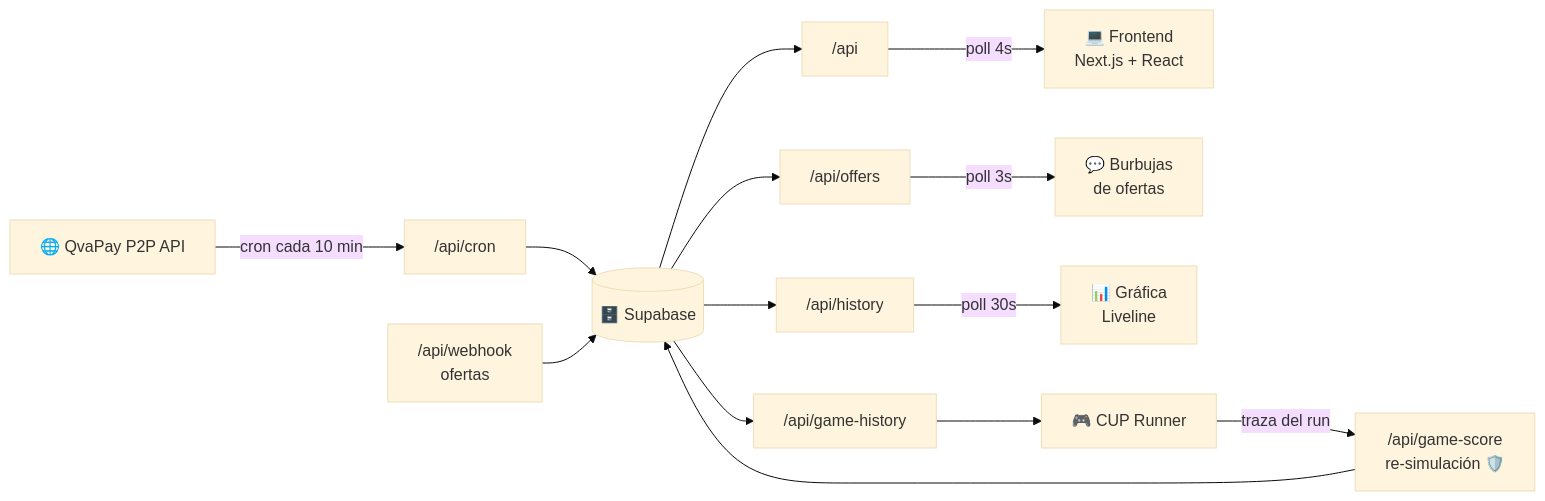
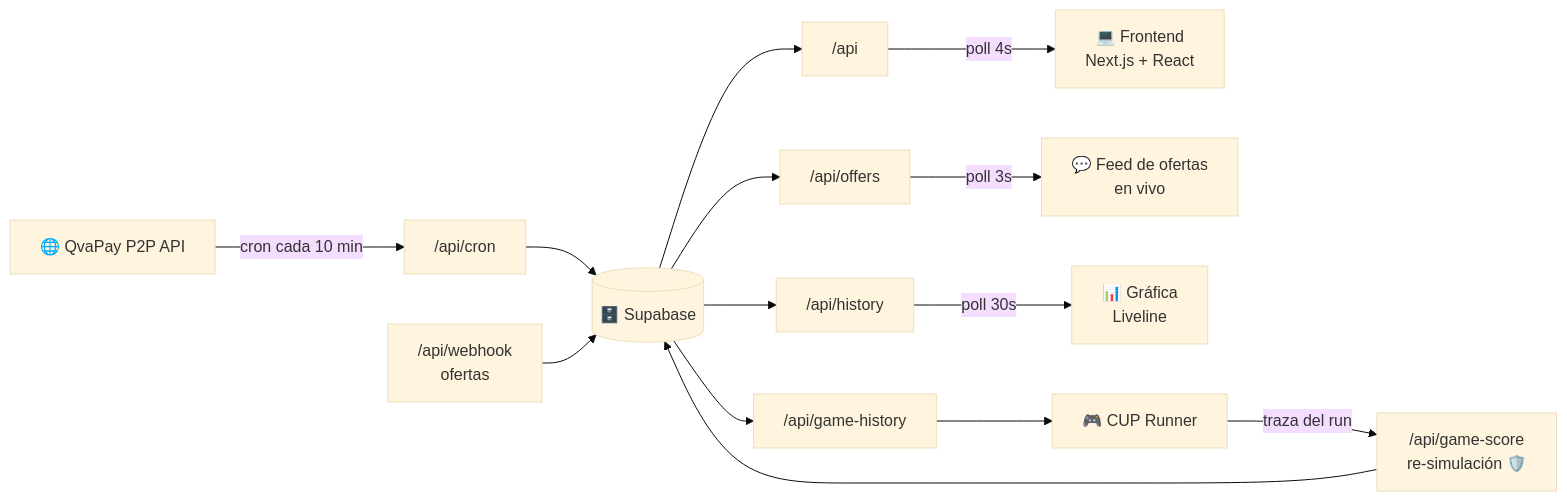
The diagram in README.md (n3omaster/cambiocup), drawn with Mermaid (base theme) before and after one commit. The commit also changed other lines of this file and 5 other files, not shown here.

````diff
--- a/README.md
+++ b/README.md
@@ -72,11 +72,11 @@
 ```mermaid
 flowchart LR
     Q["🌐 QvaPay P2P API"] -->|"cron cada 10 min"| CRON["/api/cron"]
     CRON --> DB[("🗄️ Supabase")]
     WH["/api/webhook<br/>ofertas"] --> DB
     DB --> API["/api"] -->|"poll 4s"| UI["💻 Frontend<br/>Next.js + React"]
-    DB --> OF["/api/offers"] -->|"poll 3s"| FO["💬 Burbujas<br/>de ofertas"]
+    DB --> OF["/api/offers"] -->|"poll 3s"| FO["💬 Feed de ofertas<br/>en vivo"]
     DB --> H["/api/history"] -->|"poll 30s"| BG["📊 Gráfica<br/>Liveline"]
     DB --> GH["/api/game-history"] --> GAME["🎮 CUP Runner"]
     GAME -->|"traza del run"| GS["/api/game-score<br/>re-simulación 🛡️"] --> DB
 ```
````
